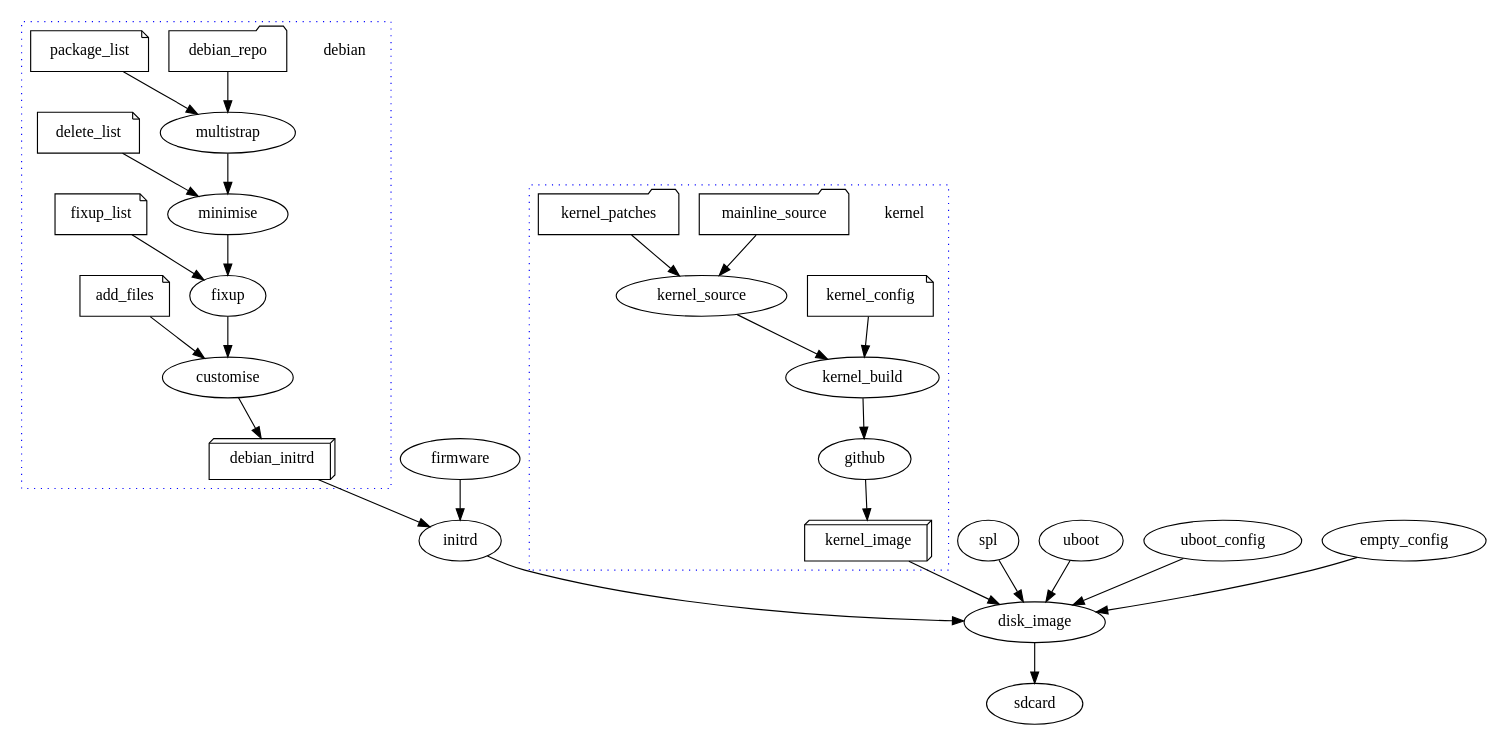
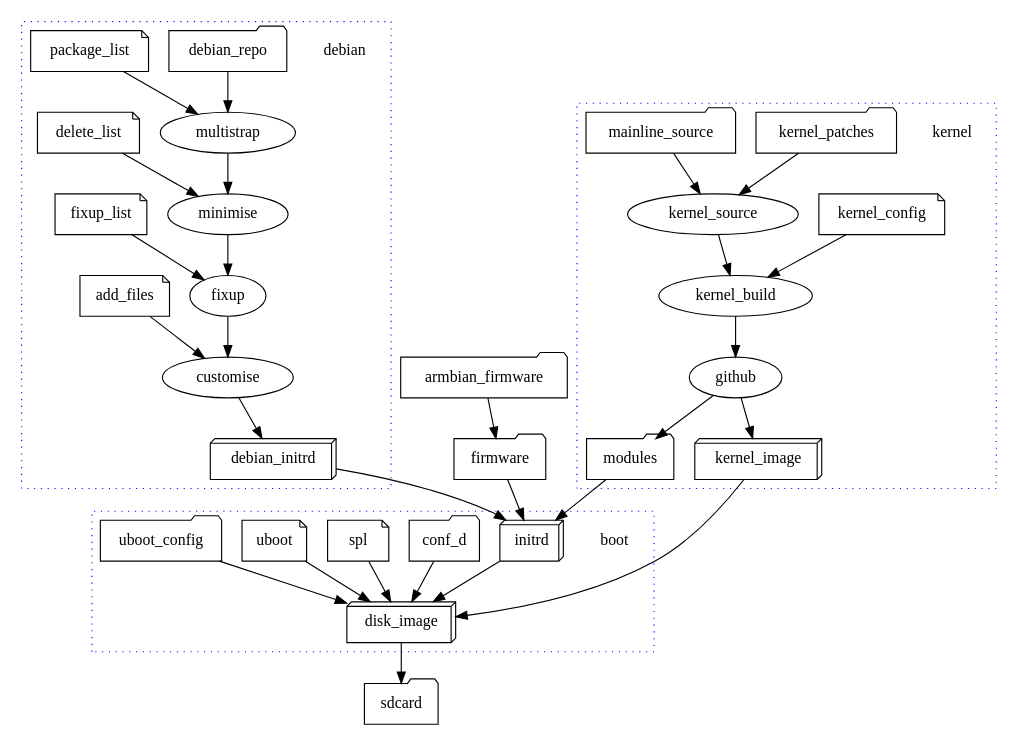
The diagram in docs/build.dot (tomeshnet/mesh-orange), drawn with Graphviz before and after one commit.

Commit message:
Add box around boot image build

```diff
--- a/docs/build.dot
+++ b/docs/build.dot
@@ -1,58 +1,79 @@
 #
 # Outline how the build process works
 #
 
 digraph g{
 
     subgraph cluster_debian {
         debian [shape=plaintext];
         graph[style=dotted];
         color=blue;
 
         debian_repo [shape=folder];
         package_list [shape=note];
         delete_list [shape=note];
         fixup_list [shape=note];
         add_files [shape=note];
         debian_initrd [shape=box3d];
 
         debian_repo -> multistrap -> minimise -> fixup -> customise;
 
         package_list -> multistrap;
         delete_list -> minimise;
         fixup_list -> fixup;
         add_files -> customise;
 
         customise -> debian_initrd;
     }
     
     subgraph cluster_kernel {
         kernel [shape=plaintext];
         graph[style=dotted];
         color=blue;
 
         kernel_config [shape=note];
         mainline_source [shape=folder];
         kernel_patches [shape=folder];
         kernel_image [shape=box3d];
+        modules [shape=folder];
 
         kernel_patches -> kernel_source;
         mainline_source -> kernel_source;
         kernel_source -> kernel_build;
         kernel_config -> kernel_build;
 
         kernel_build -> github -> kernel_image;
+        github -> modules;
+    }
+
+    armbian_firmware [shape=folder];
+    firmware [shape=folder];
+    armbian_firmware -> firmware;
+
+    subgraph cluster_boot {
+        boot [shape=plaintext];
+        graph[style=dotted];
+        color=blue;
+
+        initrd [shape=box3d];
+        conf_d [shape=folder];
+        spl [shape=note];
+        uboot [shape=note];
+        uboot_config [shape=folder];
+
+        spl -> disk_image;
+        uboot -> disk_image;
+        uboot_config -> disk_image;
+        initrd -> disk_image;
+        conf_d -> disk_image;
     }
 
     firmware -> initrd;
     debian_initrd -> initrd;
+    modules -> initrd;
     kernel_image -> disk_image;
 
-    spl -> disk_image;
-    uboot -> disk_image;
-    uboot_config -> disk_image;
-    initrd -> disk_image;
-    empty_config -> disk_image;
-
+    disk_image [shape=box3d];
+    sdcard [shape=folder];
     disk_image -> sdcard;
 }
```
